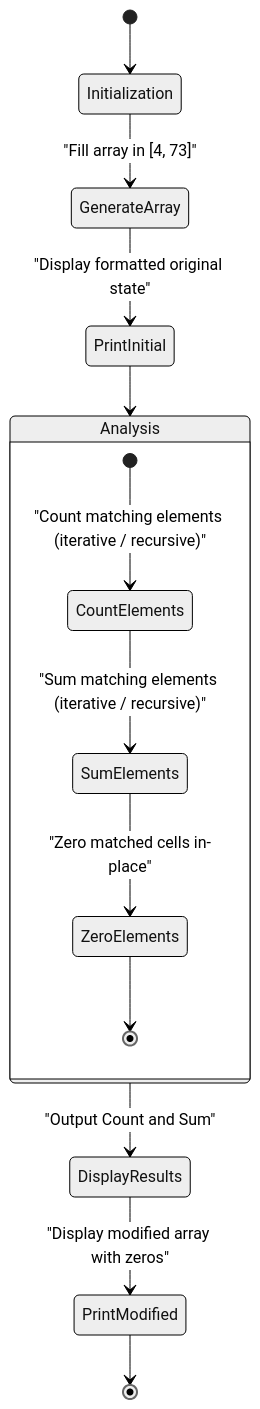
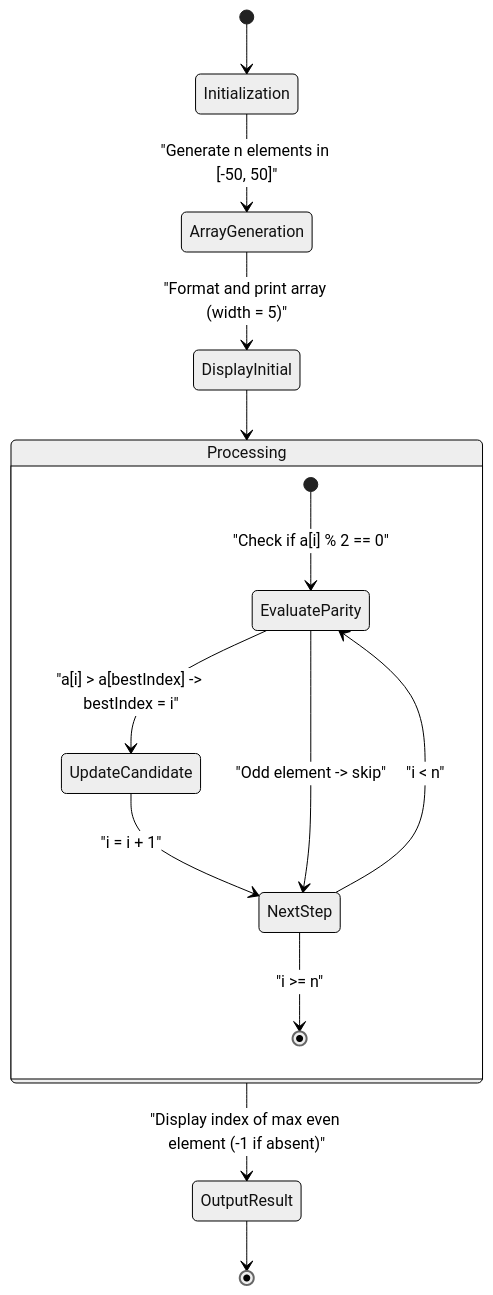
Before and after one commit to lviv-polytech/alg-java-labs: the second of 3 diagrams in lb6/README.md, drawn with Mermaid (neutral theme). The commit also changed other lines of this file and 3 other files, not shown here.

Commit message:
feat(lab-06): implement task 6.2 maximum even element search for variant 17

````diff
--- a/lb6/README.md
+++ b/lb6/README.md
@@ -53,18 +58,19 @@
 ```mermaid
 stateDiagram-v2
     [*] --> Initialization
-    Initialization --> GenerateArray: "Fill array in [4, 73]"
-    GenerateArray --> PrintInitial: "Display formatted original state"
-    PrintInitial --> Analysis
+    Initialization --> ArrayGeneration: "Generate n elements in [-50, 50]"
+    ArrayGeneration --> DisplayInitial: "Format and print array (width = 5)"
+    DisplayInitial --> Processing
 
-    state Analysis {
-        [*] --> CountElements: "Count matching elements (iterative / recursive)"
-        CountElements --> SumElements: "Sum matching elements (iterative / recursive)"
-        SumElements --> ZeroElements: "Zero matched cells in-place"
-        ZeroElements --> [*]
+    state Processing {
+        [*] --> EvaluateParity: "Check if a[i] % 2 == 0"
+        EvaluateParity --> UpdateCandidate: "a[i] > a[bestIndex] -> bestIndex = i"
+        UpdateCandidate --> NextStep: "i = i + 1"
+        EvaluateParity --> NextStep: "Odd element -> skip"
+        NextStep --> EvaluateParity: "i < n"
+        NextStep --> [*]: "i >= n"
     }
 
-    Analysis --> DisplayResults: "Output Count and Sum"
-    DisplayResults --> PrintModified: "Display modified array with zeros"
-    PrintModified --> [*]
+    Processing --> OutputResult: "Display index of max even element (-1 if absent)"
+    OutputResult --> [*]
 ```
````
